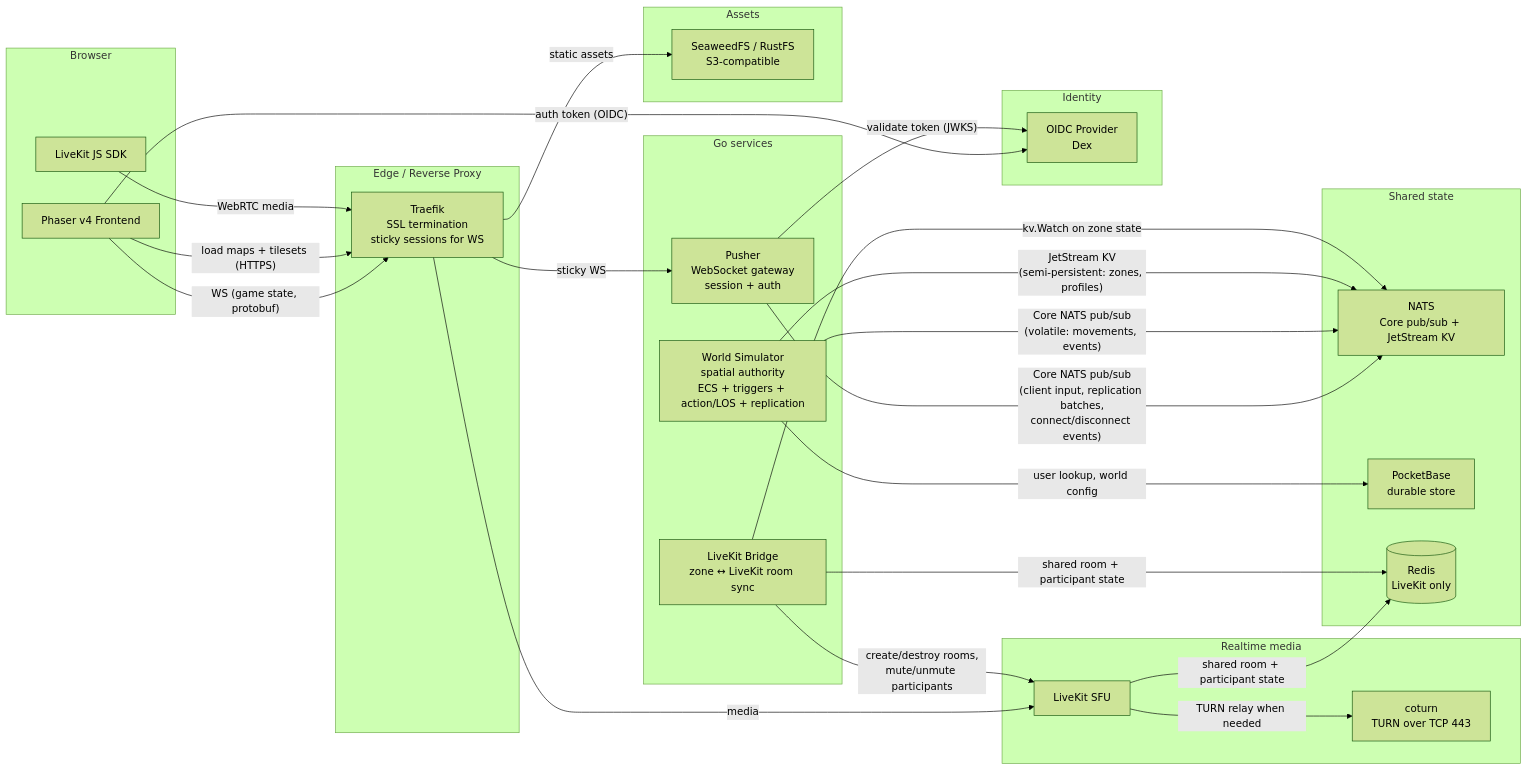
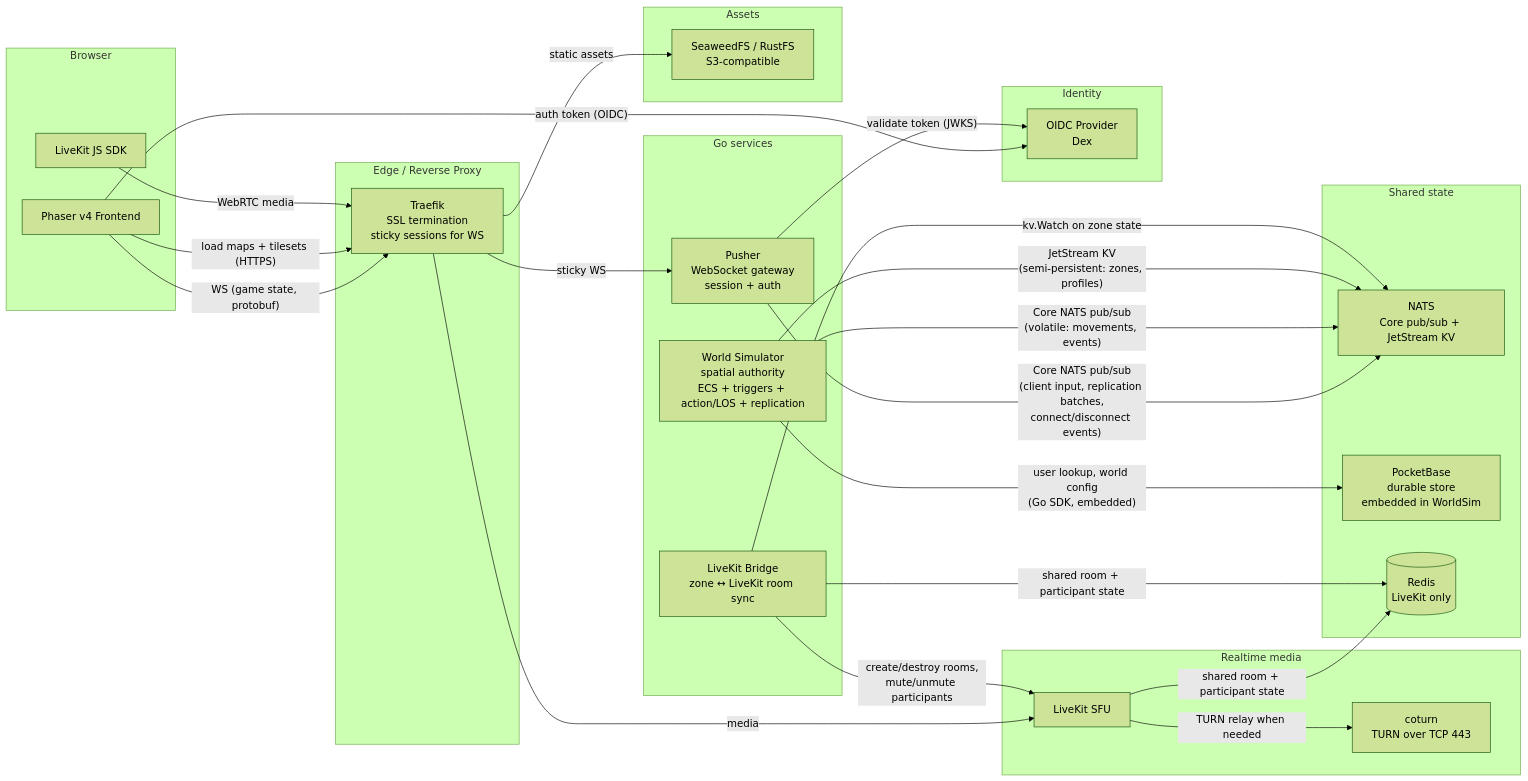
The second of 3 diagrams in documentation/05-architecture.md (lstep/PixelEruv), drawn with Mermaid (forest theme) before and after one commit. The commit also changed other lines of this file and 12 other files, not shown here.

First line of the commit message:
docs: update all documentation for embedded PocketBase

````diff
--- a/documentation/05-architecture.md
+++ b/documentation/05-architecture.md
@@ -106,58 +103,58 @@
 ```mermaid
 flowchart LR
   subgraph Client [Browser]
     PH[Phaser v4 Frontend]
     LKJS[LiveKit JS SDK]
   end
 
   subgraph Edge [Edge / Reverse Proxy]
     TR[Traefik<br/>SSL termination<br/>sticky sessions for WS]
   end
 
   subgraph Backend [Go services]
     PUSH[Pusher<br/>WebSocket gateway<br/>session + auth]
     WORLDSIM[World Simulator<br/>spatial authority<br/>ECS + triggers + action/LOS + replication]
     BRIDGE[LiveKit Bridge<br/>zone ↔ LiveKit room sync]
   end
 
   subgraph State [Shared state]
     NATS[NATS<br/>Core pub/sub + JetStream KV]
-    PB[PocketBase<br/>durable store]
+    PB[PocketBase<br/>durable store<br/>embedded in WorldSim]
     REDIS[(Redis<br/>LiveKit only)]
   end
 
   subgraph AV [Realtime media]
     LK[LiveKit SFU]
     TURN[coturn<br/>TURN over TCP 443]
   end
 
   subgraph Storage [Assets]
     S3[SeaweedFS / RustFS<br/>S3-compatible]
   end
 
   subgraph Auth [Identity]
     IDP[OIDC Provider<br/>Dex]
   end
 
   PH -- "WS (game state, protobuf)" --> TR
   TR -- "sticky WS" --> PUSH
   PH -- "load maps + tilesets (HTTPS)" --> TR
   TR -- "static assets" --> S3
 
   PH -- "auth token (OIDC)" --> IDP
   PUSH -- "validate token (JWKS)" --> IDP
 
   LKJS -- "WebRTC media" --> TR
   TR -- "media" --> LK
   LK -- "TURN relay when needed" --> TURN
 
   PUSH -- "Core NATS pub/sub<br/>(client input, replication batches,<br/>connect/disconnect events)" --> NATS
   WORLDSIM -- "Core NATS pub/sub<br/>(volatile: movements, events)" --> NATS
   WORLDSIM -- "JetStream KV<br/>(semi-persistent: zones, profiles)" --> NATS
-  WORLDSIM -- "user lookup, world config" --> PB
+  WORLDSIM -- "user lookup, world config<br/>(Go SDK, embedded)" --> PB
   BRIDGE -- "kv.Watch on zone state" --> NATS
 
   BRIDGE -- "create/destroy rooms,<br/>mute/unmute participants" --> LK
   BRIDGE -- "shared room + participant state" --> REDIS
   LK -- "shared room + participant state" --> REDIS
 ```
````
